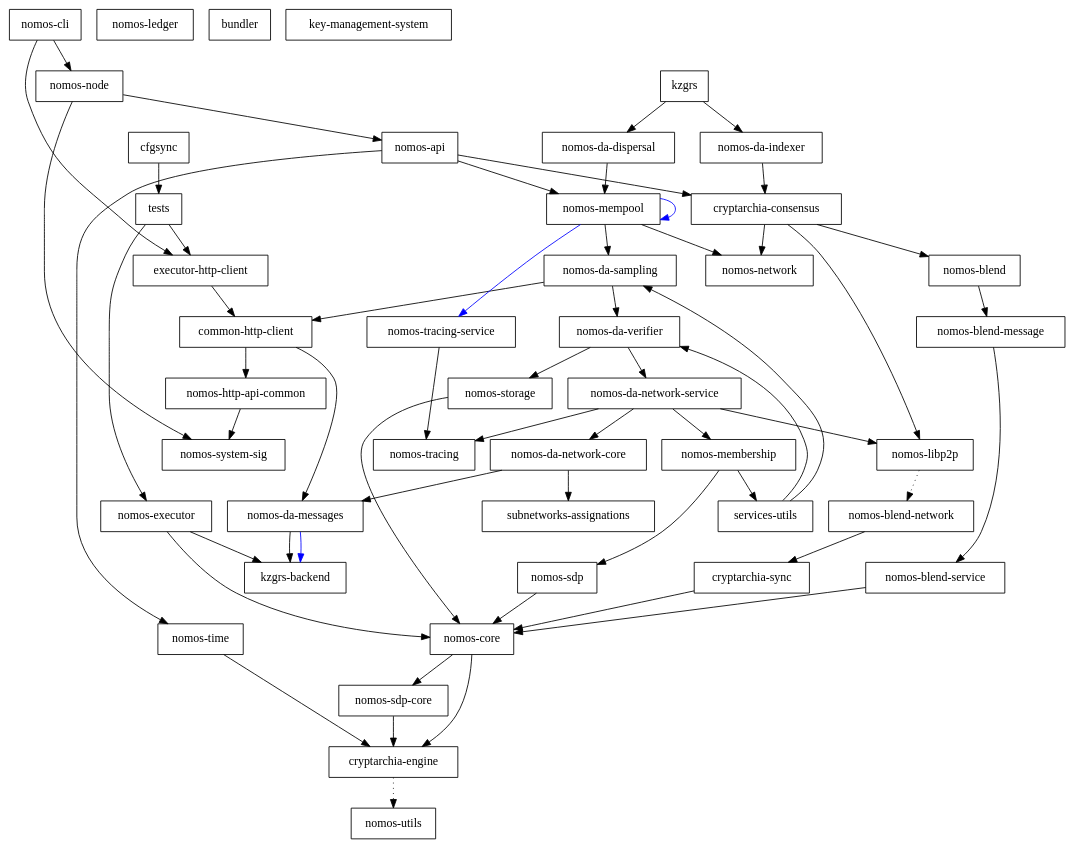
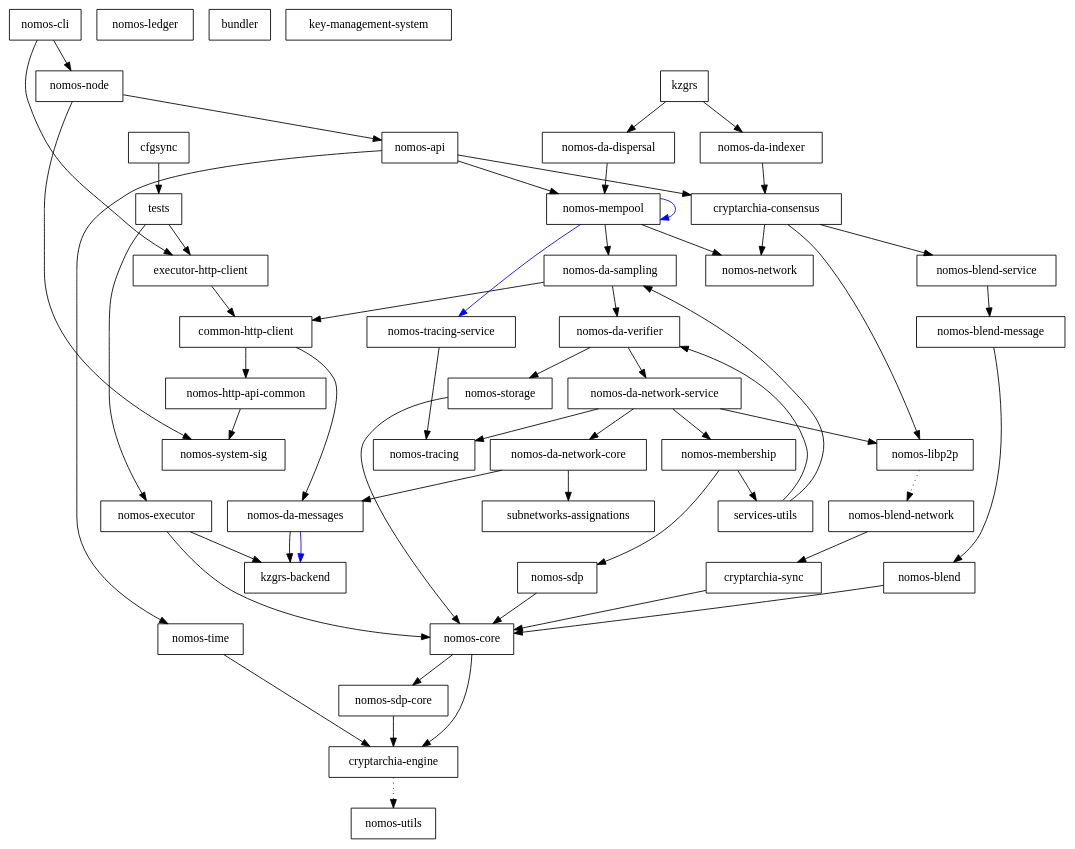
The diagram in dependencies_graph.dot (logos-co/nomos), drawn with Graphviz before and after one commit.

Commit message:
Update dep graph

```diff
--- a/dependencies_graph.dot
+++ b/dependencies_graph.dot
@@ -1,102 +1,102 @@
 digraph {
     0 [ label = "cryptarchia-engine" shape = box]
     1 [ label = "nomos-utils" shape = box]
     2 [ label = "cryptarchia-sync" shape = box]
     3 [ label = "nomos-core" shape = box]
     4 [ label = "nomos-sdp-core" shape = box]
     5 [ label = "nomos-ledger" shape = box]
     6 [ label = "nomos-http-api-common" shape = box]
     7 [ label = "nomos-executor" shape = box]
     8 [ label = "kzgrs-backend" shape = box]
     9 [ label = "kzgrs" shape = box]
     10 [ label = "nomos-api" shape = box]
     11 [ label = "cryptarchia-consensus" shape = box]
     12 [ label = "nomos-blend-service" shape = box]
     13 [ label = "nomos-blend" shape = box]
     14 [ label = "nomos-blend-message" shape = box]
     15 [ label = "nomos-blend-network" shape = box]
     16 [ label = "nomos-libp2p" shape = box]
     17 [ label = "nomos-network" shape = box]
     18 [ label = "services-utils" shape = box]
     19 [ label = "nomos-da-sampling" shape = box]
     20 [ label = "common-http-client" shape = box]
     21 [ label = "nomos-da-messages" shape = box]
     22 [ label = "nomos-da-network-core" shape = box]
     23 [ label = "subnetworks-assignations" shape = box]
     24 [ label = "nomos-da-network-service" shape = box]
     25 [ label = "nomos-membership" shape = box]
     26 [ label = "nomos-sdp" shape = box]
     27 [ label = "nomos-tracing" shape = box]
     28 [ label = "nomos-da-verifier" shape = box]
     29 [ label = "nomos-storage" shape = box]
     30 [ label = "nomos-mempool" shape = box]
     31 [ label = "nomos-tracing-service" shape = box]
     32 [ label = "nomos-time" shape = box]
     33 [ label = "nomos-da-dispersal" shape = box]
     34 [ label = "nomos-da-indexer" shape = box]
     35 [ label = "nomos-node" shape = box]
     36 [ label = "nomos-system-sig" shape = box]
     37 [ label = "executor-http-client" shape = box]
     38 [ label = "bundler" shape = box]
     39 [ label = "nomos-cli" shape = box]
     40 [ label = "key-management-system" shape = box]
     41 [ label = "cfgsync" shape = box]
     42 [ label = "tests" shape = box]
     0 -> 1 [ style = dotted]
     2 -> 3 [ ]
     3 -> 0 [ ]
     3 -> 4 [ ]
     4 -> 0 [ ]
     6 -> 36 [ ]
     7 -> 8 [ ]
     7 -> 3 [ ]
     9 -> 33 [ ]
     9 -> 34 [ ]
     10 -> 11 [ ]
     10 -> 30 [ ]
     10 -> 32 [ ]
-    11 -> 13 [ ]
+    11 -> 12 [ ]
     11 -> 16 [ ]
     11 -> 17 [ ]
-    12 -> 3 [ ]
-    13 -> 14 [ ]
-    14 -> 12 [ ]
+    12 -> 14 [ ]
+    13 -> 3 [ ]
+    14 -> 13 [ ]
     15 -> 2 [ ]
     16 -> 15 [ style = dotted]
     18 -> 19 [ ]
     18 -> 28 [ ]
     19 -> 20 [ ]
     19 -> 28 [ ]
     20 -> 21 [ ]
     20 -> 6 [ ]
     21 -> 8 [ ]
     21 -> 8 [ color = blue]
     22 -> 21 [ ]
     22 -> 23 [ ]
     24 -> 22 [ ]
     24 -> 16 [ ]
     24 -> 25 [ ]
     24 -> 27 [ ]
     25 -> 26 [ ]
     25 -> 18 [ ]
     26 -> 3 [ ]
     28 -> 24 [ ]
     28 -> 29 [ ]
     29 -> 3 [ ]
     30 -> 19 [ ]
     30 -> 30 [ color = blue]
     30 -> 17 [ ]
     30 -> 31 [ color = blue]
     31 -> 27 [ ]
     32 -> 0 [ ]
     33 -> 30 [ ]
     34 -> 11 [ ]
     35 -> 10 [ ]
     35 -> 36 [ ]
     37 -> 20 [ ]
     39 -> 37 [ ]
     39 -> 35 [ ]
     41 -> 42 [ ]
     42 -> 37 [ ]
     42 -> 7 [ ]
 }
```
